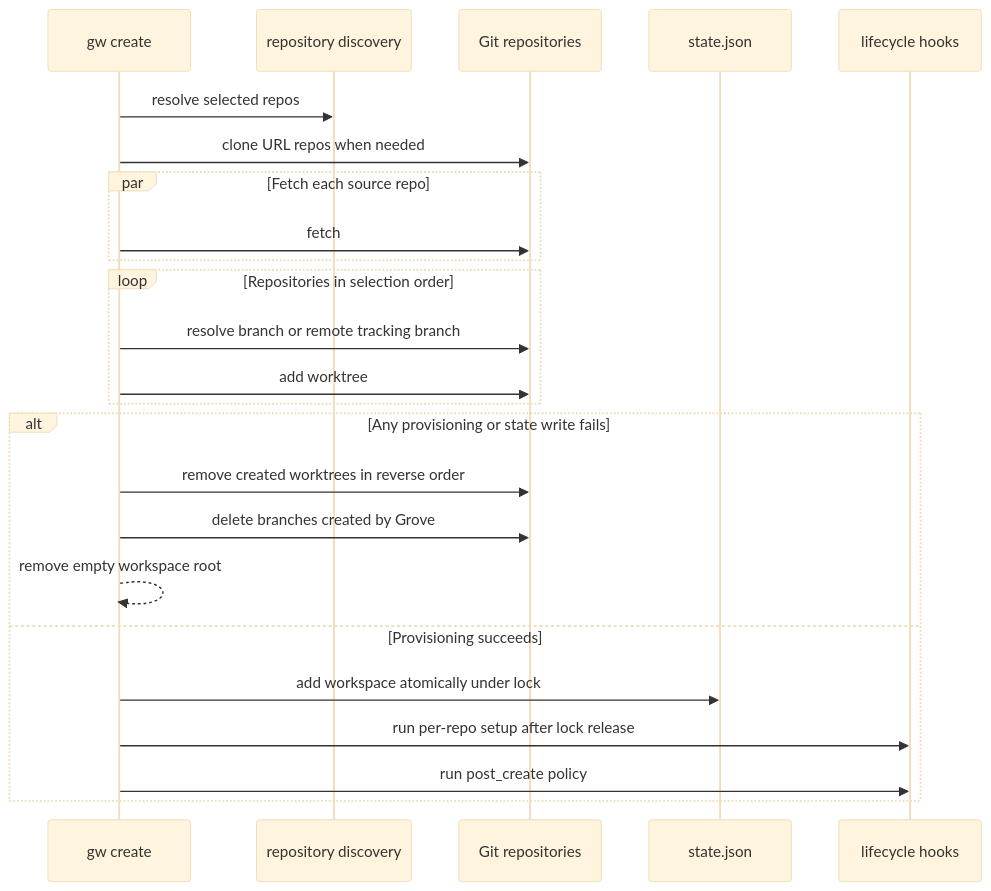
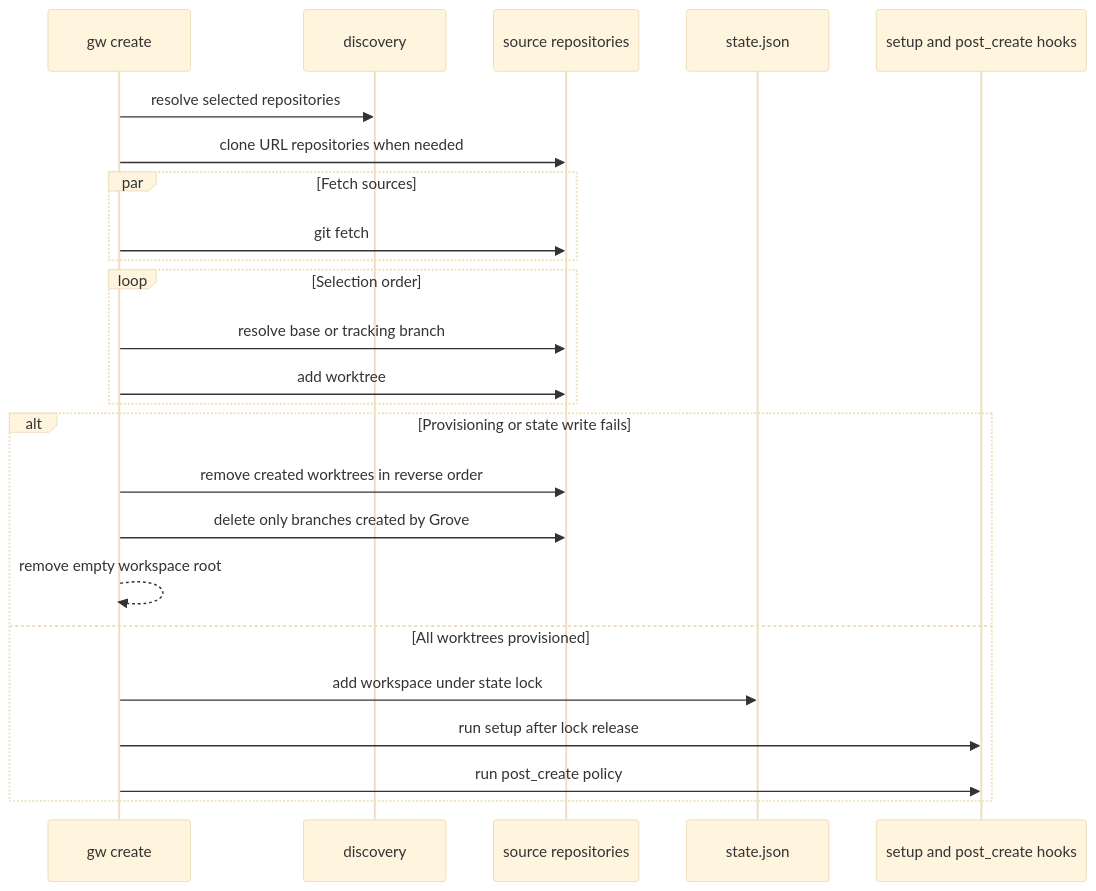
One commit to nicksenap/grove changed the first of 2 diagrams in openwiki/workflows.md. Above: the diagram before and after it, drawn with Mermaid (base theme). The commit also changed other lines of this file and 26 other files, not shown here.

````diff
--- a/openwiki/workflows.md
+++ b/openwiki/workflows.md
@@ -68,26 +88,26 @@
 ```mermaid
 sequenceDiagram
     participant CLI as gw create
-    participant Discover as repository discovery
-    participant Git as Git repositories
+    participant Disc as discovery
+    participant Git as source repositories
     participant State as state.json
-    participant Hooks as lifecycle hooks
-    CLI->>Discover: resolve selected repos
-    CLI->>Git: clone URL repos when needed
-    par Fetch each source repo
-        CLI->>Git: fetch
+    participant Hook as setup and post_create hooks
+    CLI->>Disc: resolve selected repositories
+    CLI->>Git: clone URL repositories when needed
+    par Fetch sources
+        CLI->>Git: git fetch
     end
-    loop Repositories in selection order
-        CLI->>Git: resolve branch or remote tracking branch
+    loop Selection order
+        CLI->>Git: resolve base or tracking branch
         CLI->>Git: add worktree
     end
-    alt Any provisioning or state write fails
+    alt Provisioning or state write fails
         CLI->>Git: remove created worktrees in reverse order
-        CLI->>Git: delete branches created by Grove
+        CLI->>Git: delete only branches created by Grove
         CLI-->>CLI: remove empty workspace root
-    else Provisioning succeeds
-        CLI->>State: add workspace atomically under lock
-        CLI->>Hooks: run per-repo setup after lock release
-        CLI->>Hooks: run post_create policy
+    else All worktrees provisioned
+        CLI->>State: add workspace under state lock
+        CLI->>Hook: run setup after lock release
+        CLI->>Hook: run post_create policy
     end
 ```
````
